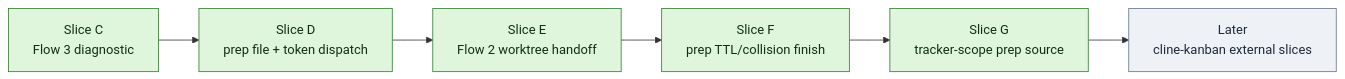
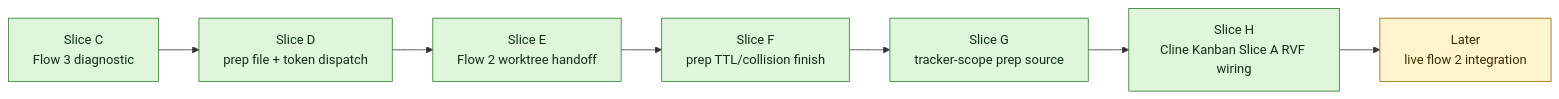
Before and after one commit to RealmX1/review-validate-fix: the diagram in docs/rvf-dispatch-flow-overhaul-phase-report.md, drawn with Mermaid. The commit also changed other lines of this file and 13 other files, not shown here.

First line of the commit message:
feat(rvf): wire cline kanban dispatch modes

````diff
--- a/docs/rvf-dispatch-flow-overhaul-phase-report.md
+++ b/docs/rvf-dispatch-flow-overhaul-phase-report.md
@@ -7,19 +7,21 @@
 ```mermaid
 flowchart LR
   A[Slice C<br/>Flow 3 diagnostic] --> B[Slice D<br/>prep file + token dispatch]
   B --> C[Slice E<br/>Flow 2 worktree handoff]
   C --> D[Slice F<br/>prep TTL/collision finish]
   D --> E[Slice G<br/>tracker-scope prep source]
-  E --> H[Later<br/>cline-kanban external slices]
+  E --> F[Slice H<br/>Cline Kanban Slice A RVF wiring]
+  F --> H[Later<br/>live flow 2 integration]
 
   A:::done
   B:::done
   C:::done
   D:::done
   E:::done
-  H:::todo
+  F:::done
+  H:::next
 
   classDef done fill:#dff6dd,stroke:#2f7d32,color:#0f2f13;
   classDef next fill:#fff4ce,stroke:#9a6b00,color:#3b2a00;
   classDef todo fill:#eef2f7,stroke:#64748b,color:#1f2937;
 ```
````
